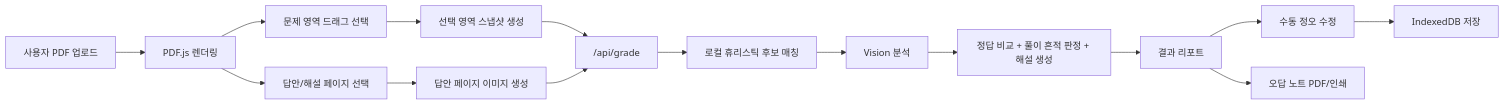
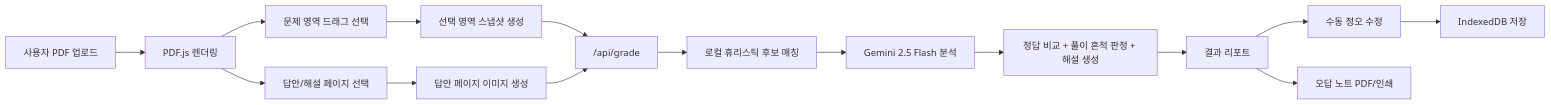
One commit to 322bono/grauto changed the diagram in ARCHITECTURE.md. Above: the diagram before and after it, drawn with Mermaid. The commit also changed 18 other files, not shown here.

Commit message:
Switch to Gemini 2.5 Flash and refine landing UI

````diff
--- a/ARCHITECTURE.md
+++ b/ARCHITECTURE.md
@@ -28,17 +28,17 @@
 ```mermaid
 flowchart LR
   A["사용자 PDF 업로드"] --> B["PDF.js 렌더링"]
   B --> C["문제 영역 드래그 선택"]
   B --> D["답안/해설 페이지 선택"]
   C --> E["선택 영역 스냅샷 생성"]
   D --> F["답안 페이지 이미지 생성"]
   E --> G["/api/grade"]
   F --> G
   G --> H["로컬 휴리스틱 후보 매칭"]
-  H --> I["Vision 분석"]
+  H --> I["Gemini 2.5 Flash 분석"]
   I --> J["정답 비교 + 풀이 흔적 판정 + 해설 생성"]
   J --> K["결과 리포트"]
   K --> L["수동 정오 수정"]
   L --> M["IndexedDB 저장"]
   K --> N["오답 노트 PDF/인쇄"]
 ```
````
